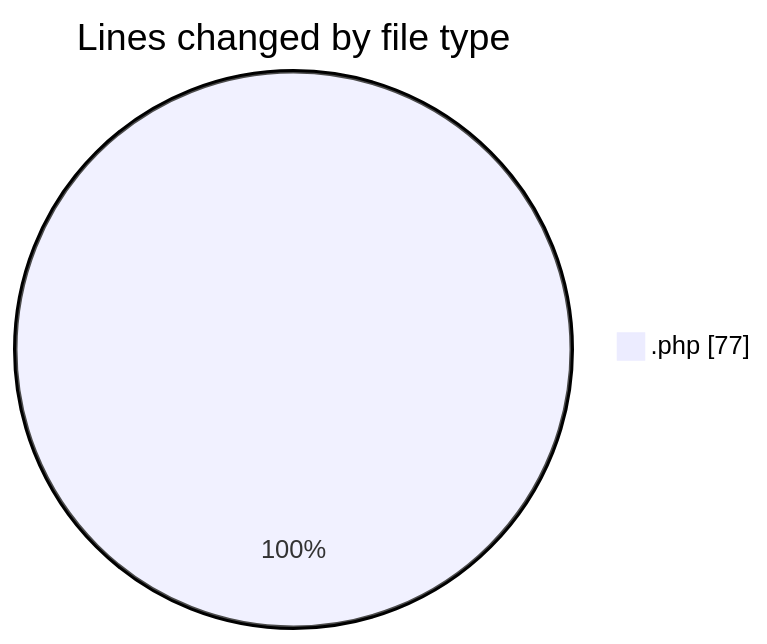
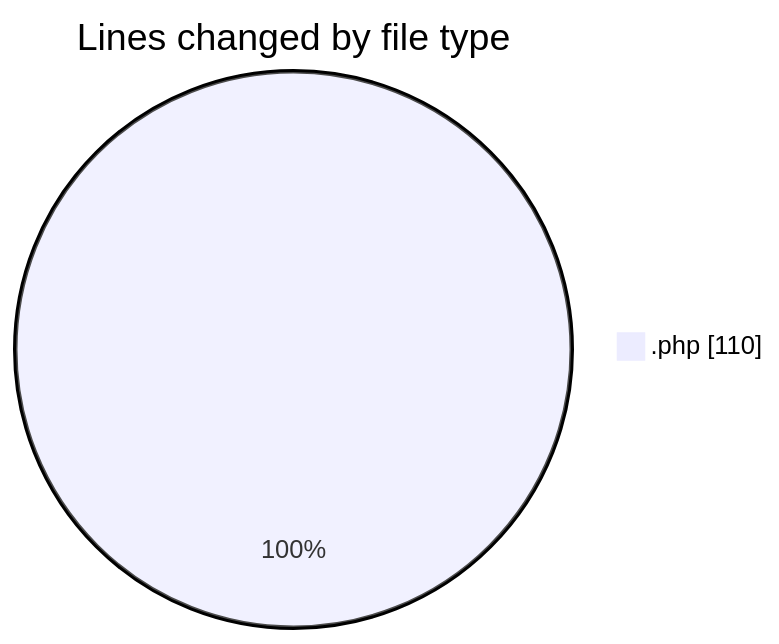
The first of 2 diagrams in 2025-04-19/autodidak/README.md (idhammustaqopulfikri/code-tracking), drawn with Mermaid before and after one commit. The commit also changed other lines of this file and 1 other file, not shown here.

````diff
--- a/2025-04-19/autodidak/README.md
+++ b/2025-04-19/autodidak/README.md
@@ -20,5 +21,5 @@
 ```mermaid
 pie showData
 title Lines changed by file type
-".php" : 77
+".php" : 110
 ```
````
